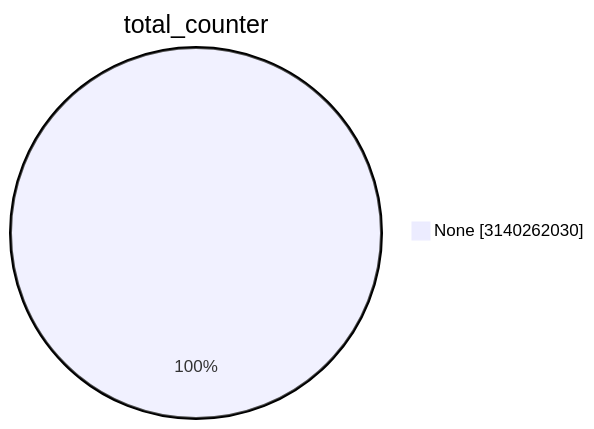
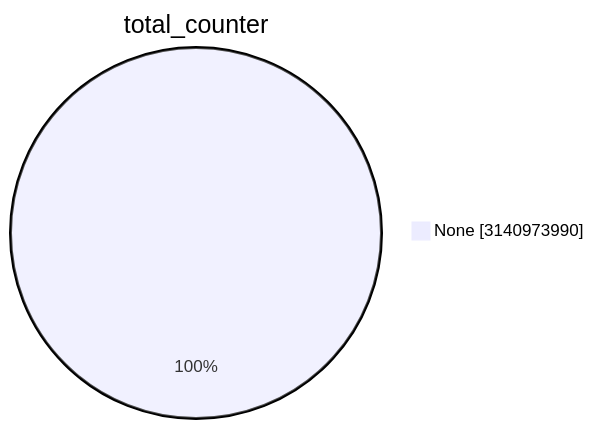
One commit to christiankrug/ctmonitor_visualization changed the first of 15 diagrams in TOTAL/README.md. Above: the diagram before and after it, drawn with Mermaid. The commit also changed other lines of this file, not shown here.

````diff
--- a/TOTAL/README.md
+++ b/TOTAL/README.md
@@ -1,5 +1,5 @@
 ```mermaid
 pie showData
 title total_counter
-"None" :3140262030
+"None" :3140973990
 ```
````
